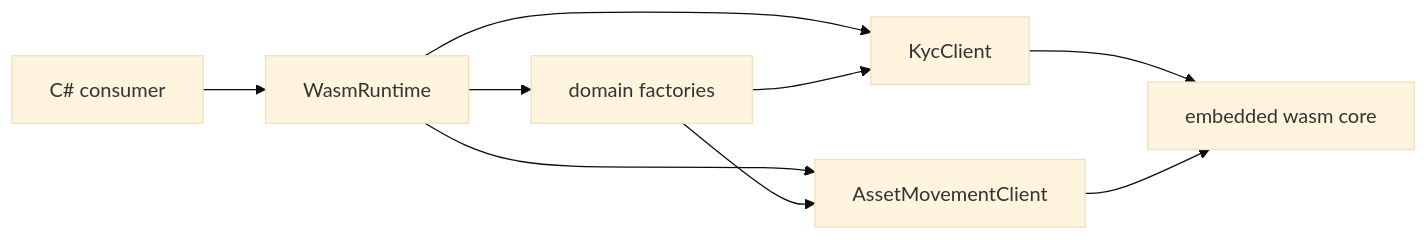
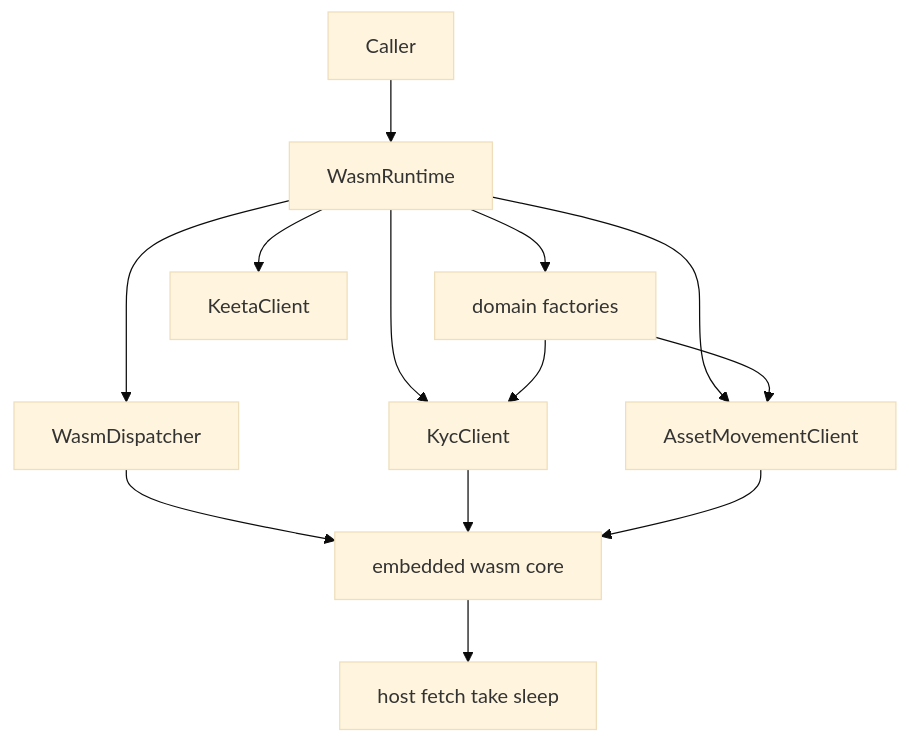
Before and after one commit to KeetaNetwork/anchor-csharp: the third of 3 diagrams in docs/ARCHITECTURE.md, drawn with Mermaid (base theme). The commit also changed other lines of this file and 4 other files, not shown here.

First line of the commit message:
docs: teach host and guest decisions in Architecture

````diff
--- a/docs/ARCHITECTURE.md
+++ b/docs/ARCHITECTURE.md
@@ -17,17 +92,24 @@
 ```mermaid
-flowchart LR
-	cs_consumer["C# consumer"]
+flowchart TB
+	cs_consumer[Caller]
 	rt_wasm[WasmRuntime]
 	fac_domain[domain factories]
 	cli_kyc[KycClient]
 	cli_asset[AssetMovementClient]
+	cli_node[KeetaClient]
+	th_dispatch[WasmDispatcher]
 	core_wasm[embedded wasm core]
+	fn_host[host fetch take sleep]
 	cs_consumer --> rt_wasm
 	rt_wasm --> fac_domain
 	rt_wasm --> cli_kyc
 	rt_wasm --> cli_asset
+	rt_wasm --> cli_node
 	fac_domain --> cli_kyc
 	fac_domain --> cli_asset
+	rt_wasm --> th_dispatch
+	th_dispatch --> core_wasm
 	cli_kyc --> core_wasm
 	cli_asset --> core_wasm
+	core_wasm --> fn_host
 ```
````
